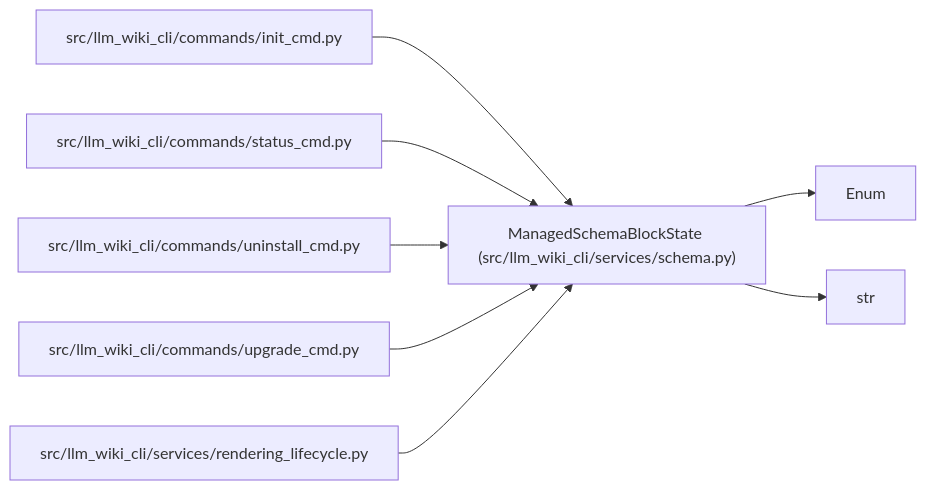
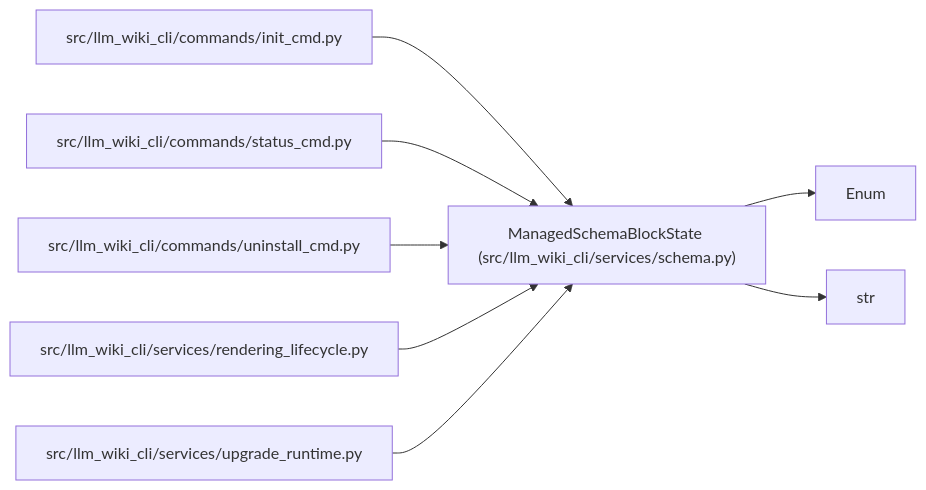
The diagram in docs/llm_wiki/entities/ManagedSchemaBlockState.md (Denissvgn/python-wiki-llm), drawn with Mermaid before and after one commit. The commit also changed other lines of this file and 1555 other files, not shown here.

````diff
--- a/docs/llm_wiki/entities/ManagedSchemaBlockState.md
+++ b/docs/llm_wiki/entities/ManagedSchemaBlockState.md
@@ -30,24 +30,24 @@
 ```mermaid
 flowchart LR
     n0["ManagedSchemaBlockState (src/llm_wiki_cli/services/schema.py)"]
     n1["Enum"]
     n2["str"]
     n3["src/llm_wiki_cli/commands/init_cmd.py"]
     n4["src/llm_wiki_cli/commands/status_cmd.py"]
     n5["src/llm_wiki_cli/commands/uninstall_cmd.py"]
-    n6["src/llm_wiki_cli/commands/upgrade_cmd.py"]
-    n7["src/llm_wiki_cli/services/rendering_lifecycle.py"]
+    n6["src/llm_wiki_cli/services/rendering_lifecycle.py"]
+    n7["src/llm_wiki_cli/services/upgrade_runtime.py"]
     n0 --> n1
     n0 --> n2
     n3 --> n0
     n4 --> n0
     n5 --> n0
     n6 --> n0
     n7 --> n0
     click n0 "../modules/services_schema.md"
     click n3 "../modules/init_cmd.md"
     click n4 "../modules/status_cmd.md"
     click n5 "../modules/uninstall_cmd.md"
-    click n6 "../modules/upgrade_cmd.md"
-    click n7 "../modules/rendering_lifecycle.md"
+    click n6 "../modules/rendering_lifecycle.md"
+    click n7 "../modules/upgrade_runtime.md"
 ```
````
